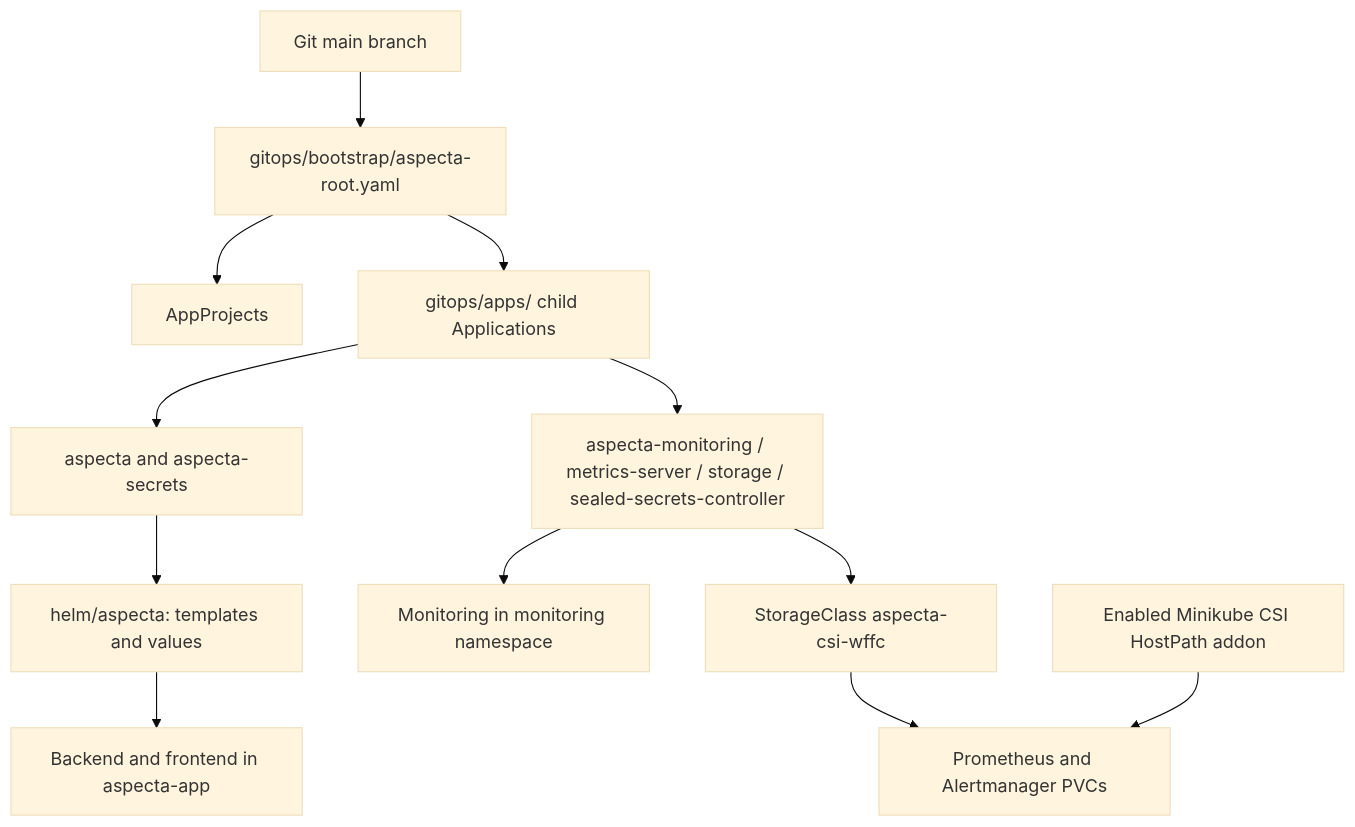
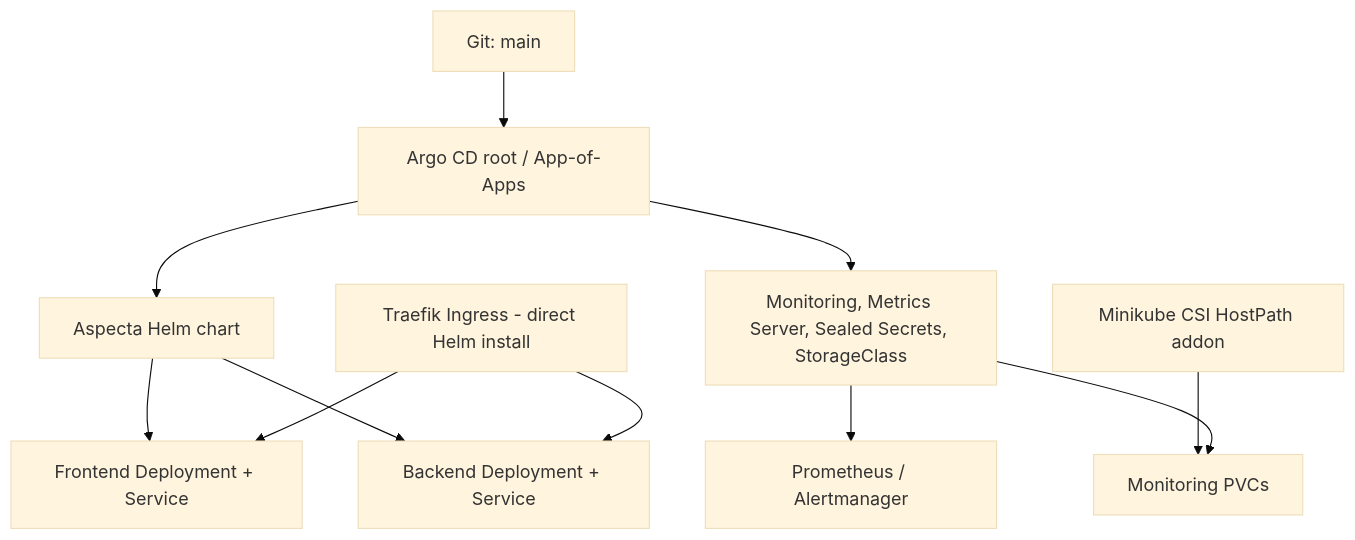
Before and after one commit to jansoltys9/aspecta-k8s-assignment: the diagram in docs/REPOSITORY-AND-GITOPS-MAP.md, drawn with Mermaid (base theme). The commit also changed other lines of this file and 15 other files, not shown here.

````diff
--- a/docs/REPOSITORY-AND-GITOPS-MAP.md
+++ b/docs/REPOSITORY-AND-GITOPS-MAP.md
@@ -56,14 +21,13 @@
 ```mermaid
 flowchart TD
-  Repo[Git main branch] --> Root[gitops/bootstrap/aspecta-root.yaml]
-  Root --> Projects[AppProjects]
-  Root --> Children[gitops/apps/ child Applications]
-  Children --> Work[aspecta and aspecta-secrets]
-  Children --> Platform[aspecta-monitoring / metrics-server / storage / sealed-secrets-controller]
-  Work --> Helm[helm/aspecta: templates and values]
-  Helm --> App[Backend and frontend in aspecta-app]
-  Platform --> Monitoring[Monitoring in monitoring namespace]
-  Platform --> SC[StorageClass aspecta-csi-wffc]
-  SC --> PVC[Prometheus and Alertmanager PVCs]
-  CSI[Enabled Minikube CSI HostPath addon] --> PVC
+  Repo[Git: main] --> Root[Argo CD root / App-of-Apps]
+  Root --> App[Aspecta Helm chart]
+  Root --> Addons[Monitoring, Metrics Server, Sealed Secrets, StorageClass]
+  App --> FE[Frontend Deployment + Service]
+  App --> BE[Backend Deployment + Service]
+  Traefik[Traefik Ingress - direct Helm install] --> FE
+  Traefik --> BE
+  Addons --> Metrics[Prometheus / Alertmanager]
+  CSI[Minikube CSI HostPath addon] --> PVC[Monitoring PVCs]
+  Addons --> PVC
 ```
````
